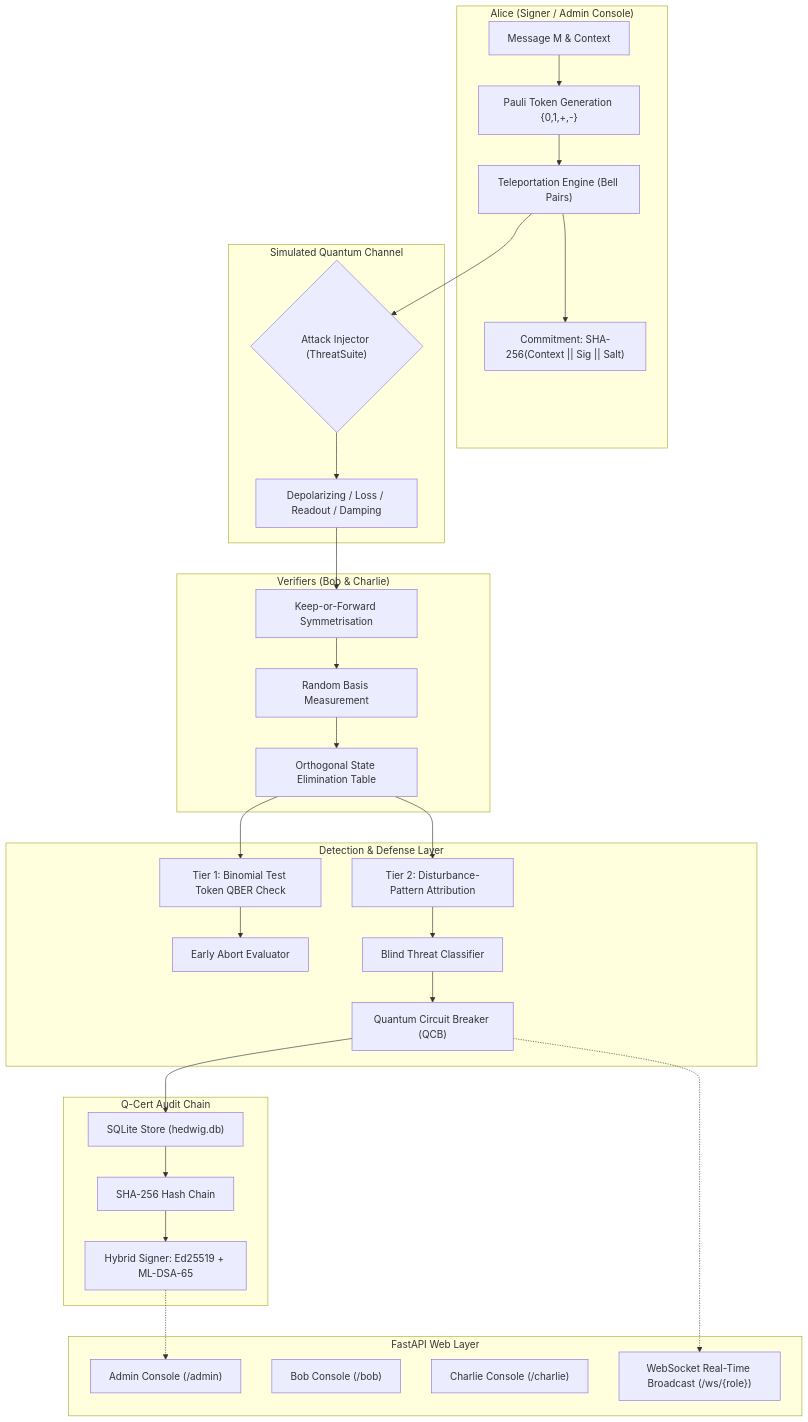
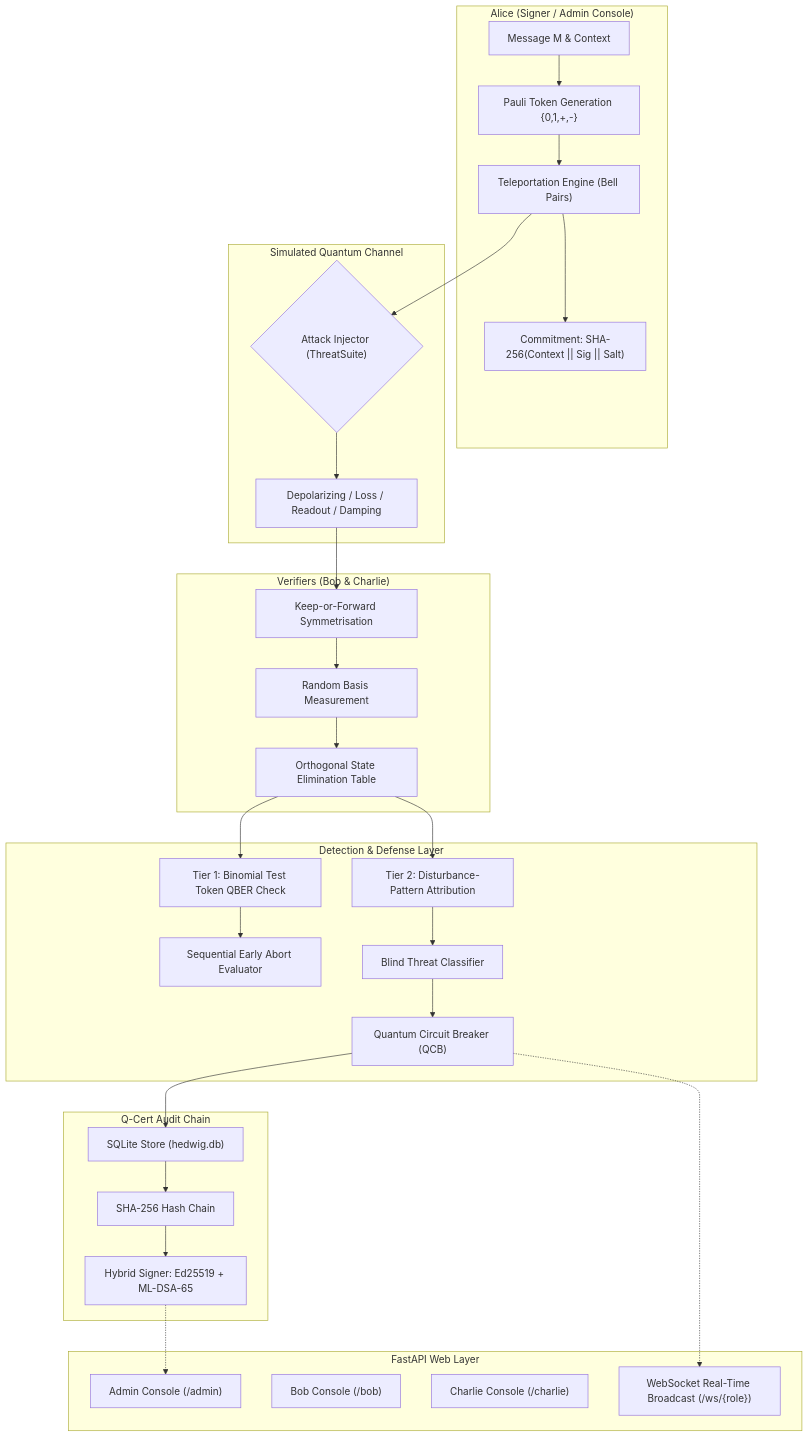
The diagram in README.md (miki-dev-5618/QDS), drawn with Mermaid before and after one commit. The commit also changed other lines of this file and 1 other file, not shown here.

````diff
--- a/README.md
+++ b/README.md
@@ -39,44 +40,44 @@
 ```mermaid
 graph TD
     subgraph SENDER["Alice (Signer / Admin Console)"]
         A1["Message M & Context"] --> A2["Pauli Token Generation {0,1,+,-}"]
         A2 --> A3["Teleportation Engine (Bell Pairs)"]
         A3 --> A4["Commitment: SHA-256(Context || Sig || Salt)"]
     end
 
     subgraph CHANNEL["Simulated Quantum Channel"]
         C1["Depolarizing / Loss / Readout / Damping"]
         C2{"Attack Injector (ThreatSuite)"}
         A3 --> C2 --> C1
     end
 
     subgraph RECEIVERS["Verifiers (Bob & Charlie)"]
         C1 --> R1["Keep-or-Forward Symmetrisation"]
         R1 --> R2["Random Basis Measurement"]
         R2 --> R3["Orthogonal State Elimination Table"]
     end
 
     subgraph DETECTION["Detection & Defense Layer"]
         R3 --> D1["Tier 1: Binomial Test Token QBER Check"]
-        D1 --> D2["Early Abort Evaluator"]
+        D1 --> D2["Sequential Early Abort Evaluator"]
         R3 --> D3["Tier 2: Disturbance-Pattern Attribution"]
         D3 --> D4["Blind Threat Classifier"]
         D4 --> D5["Quantum Circuit Breaker (QCB)"]
     end
 
     subgraph AUDIT["Q-Cert Audit Chain"]
         D5 --> AU1["SQLite Store (hedwig.db)"]
         AU1 --> AU2["SHA-256 Hash Chain"]
         AU2 --> AU3["Hybrid Signer: Ed25519 + ML-DSA-65"]
     end
 
     subgraph UI["FastAPI Web Layer"]
         W1["Admin Console (/admin)"]
         W2["Bob Console (/bob)"]
         W3["Charlie Console (/charlie)"]
         W4["WebSocket Real-Time Broadcast (/ws/{role})"]
     end
     
     AU3 -.-> W1
     D5 -.-> W4
 ```
````
